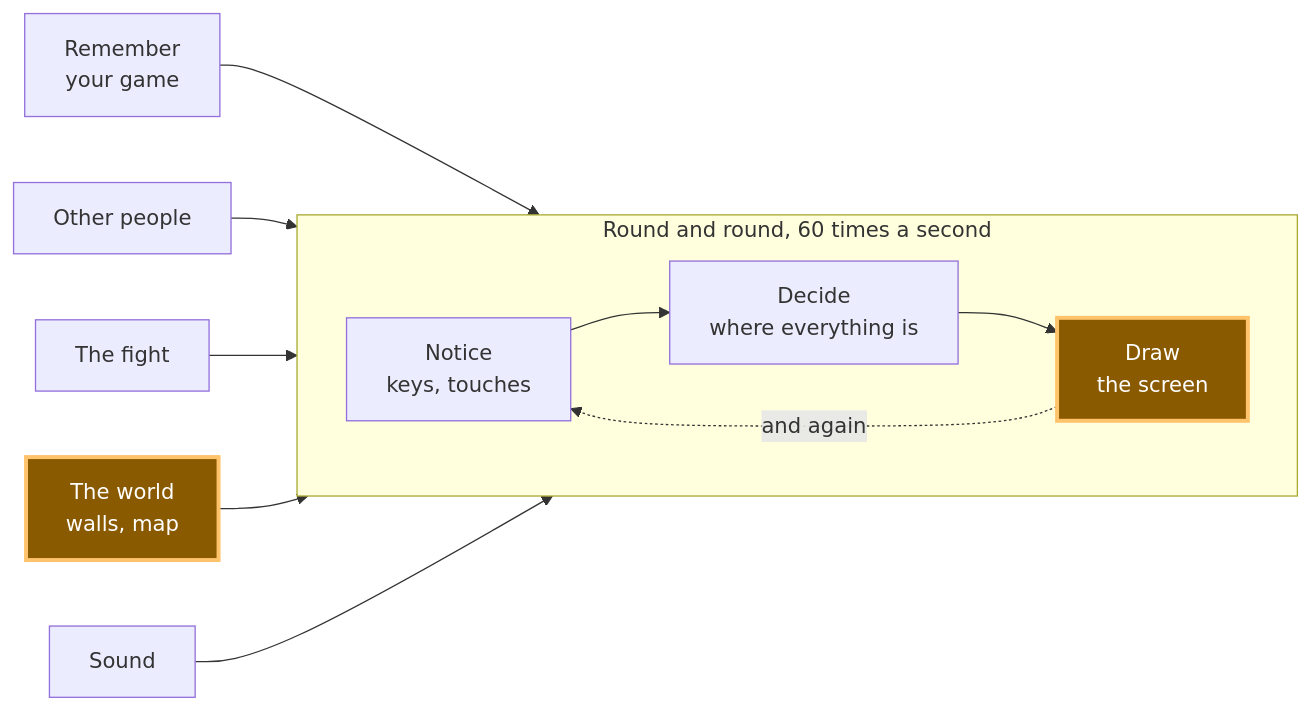
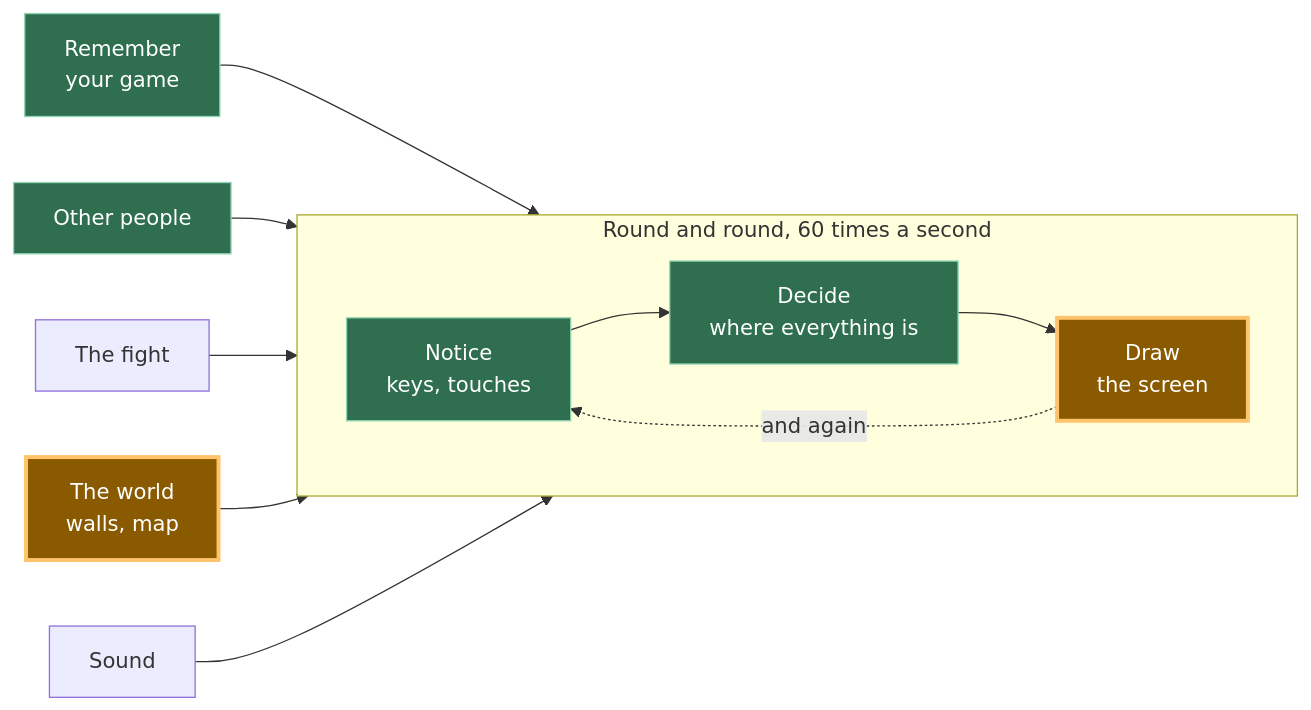
One commit to KakkoiDev/izumo-io changed the diagram in content/ai/a16.ja.md. Above: the diagram before and after it, drawn with Mermaid. The commit also changed other lines of this file and 35 other files, not shown here.

Commit message:
Mark earlier-completed modules green on the A11-A22 diagrams, and fix the stale A11 PT prompt block plus code markup in three translations

````diff
--- a/content/ai/a16.ja.md
+++ b/content/ai/a16.ja.md
@@ -17,17 +17,19 @@
 ```mermaid
 flowchart LR
     subgraph loop["Round and round, 60 times a second"]
         direction LR
         N["Notice<br/>keys, touches"] --> D["Decide<br/>where everything is"] --> R["Draw<br/>the screen"]
     end
     R -. "and again" .-> N
 
     S["Remember<br/>your game"] --> D
     O["Other people"] --> D
     F["The fight"] --> D
     W["The world<br/>walls, map"] --> R
     A["Sound"] --> R
 
     classDef now fill:#8a5a00,stroke:#ffc46b,color:#fff,stroke-width:3px
+    classDef done fill:#2f6f4f,stroke:#8fd6b4,color:#fff
+    class N,D,S,O done
     class W,R now
 ```
````
